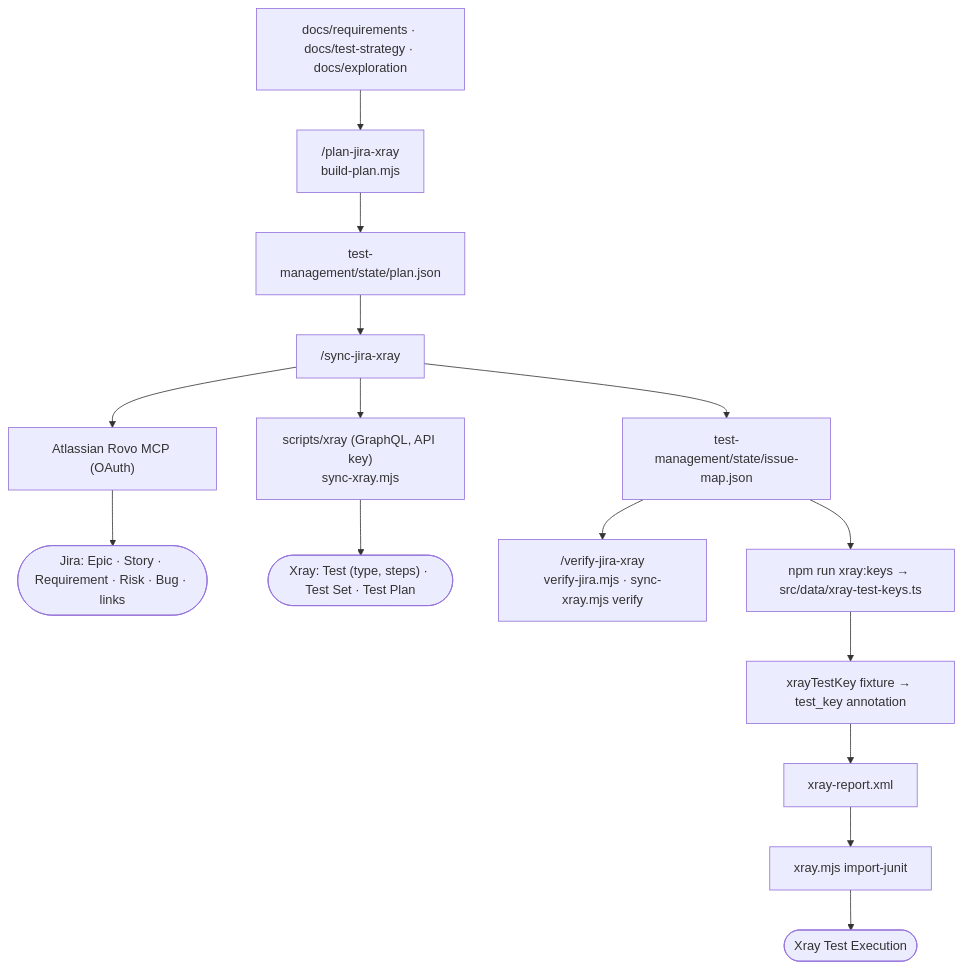
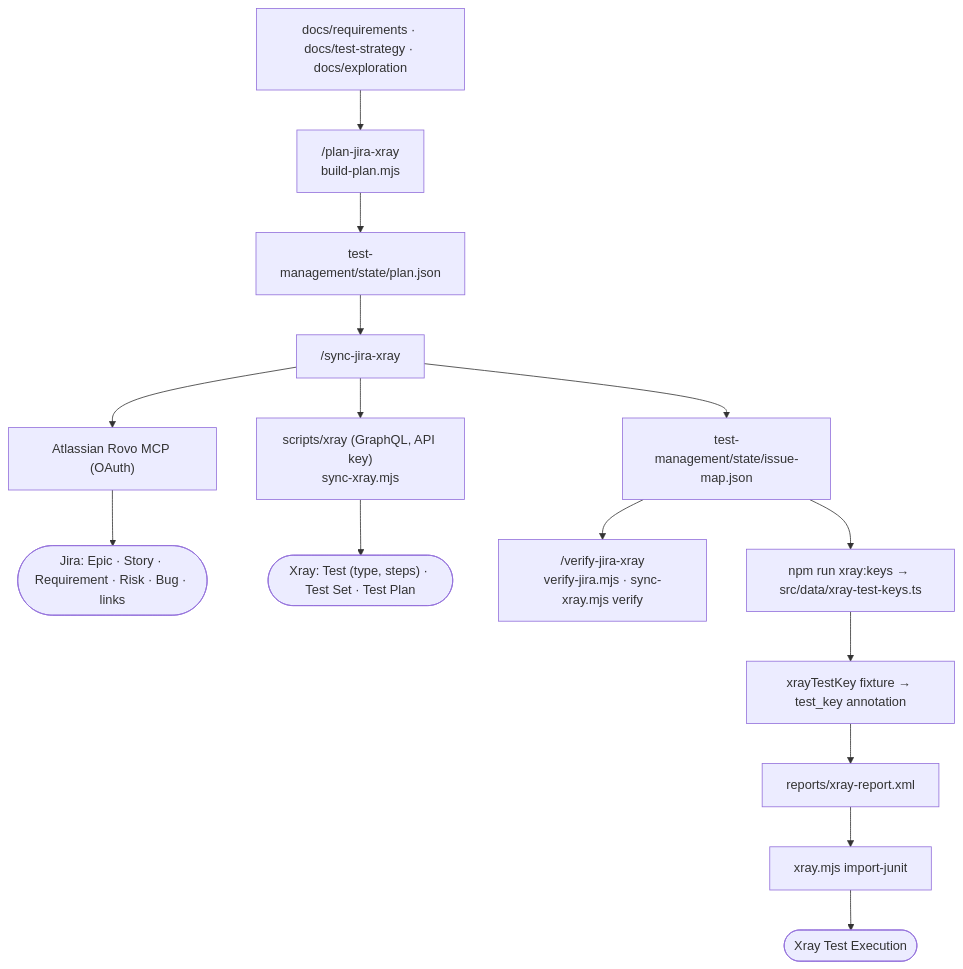
One commit to Xaoimiimii/psmusic-playwright-automation changed the seventh of 10 diagrams in README.md. Above: the diagram before and after it, drawn with Mermaid. The commit also changed other lines of this file and 8 other files, not shown here.

````diff
--- a/README.md
+++ b/README.md
@@ -345,25 +347,25 @@
 ```mermaid
 flowchart TD
     DOCS["docs/requirements · docs/test-strategy · docs/exploration"]
     PLAN["/plan-jira-xray<br/>build-plan.mjs"]
     PJ["test-management/state/plan.json"]
     SYNC["/sync-jira-xray"]
     MCP["Atlassian Rovo MCP (OAuth)"]
     XC["scripts/xray (GraphQL, API key)<br/>sync-xray.mjs"]
     JIRA(["Jira: Epic · Story · Requirement · Risk · Bug · links"])
     XRAY(["Xray: Test (type, steps) · Test Set · Test Plan"])
     MAP["test-management/state/issue-map.json"]
     VER["/verify-jira-xray<br/>verify-jira.mjs · sync-xray.mjs verify"]
     KEYS["npm run xray:keys → src/data/xray-test-keys.ts"]
     FX["xrayTestKey fixture → test_key annotation"]
-    JU["xray-report.xml"]
+    JU["reports/xray-report.xml"]
     IMP["xray.mjs import-junit"]
     EXEC(["Xray Test Execution"])
 
     DOCS --> PLAN --> PJ --> SYNC
     SYNC --> MCP --> JIRA
     SYNC --> XC --> XRAY
     SYNC --> MAP
     MAP --> VER
     MAP --> KEYS --> FX --> JU --> IMP --> EXEC
 ```
````
